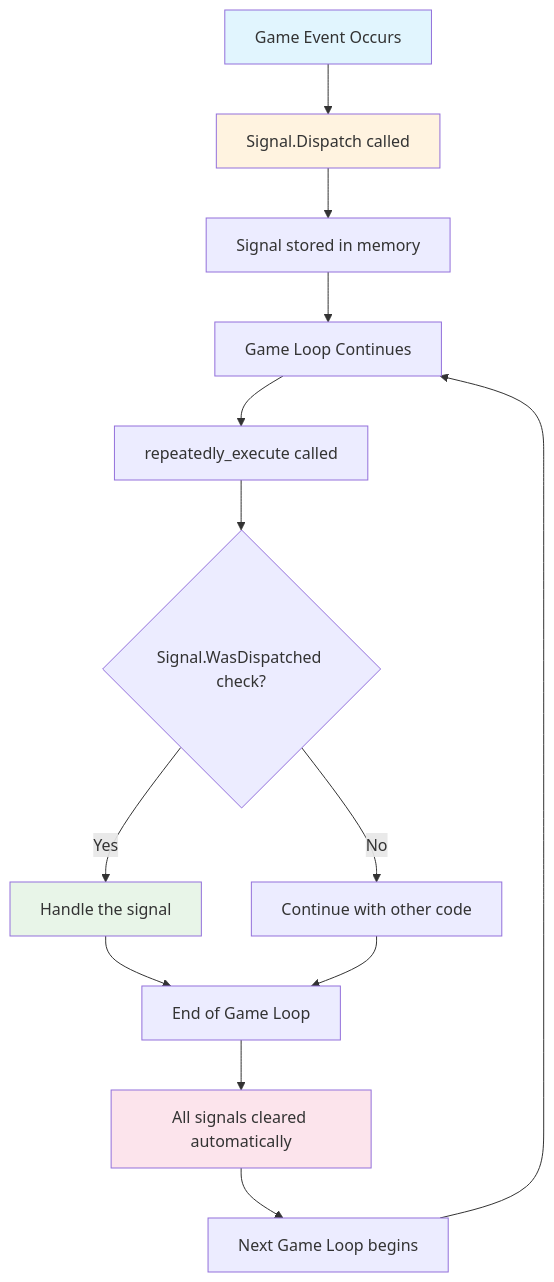
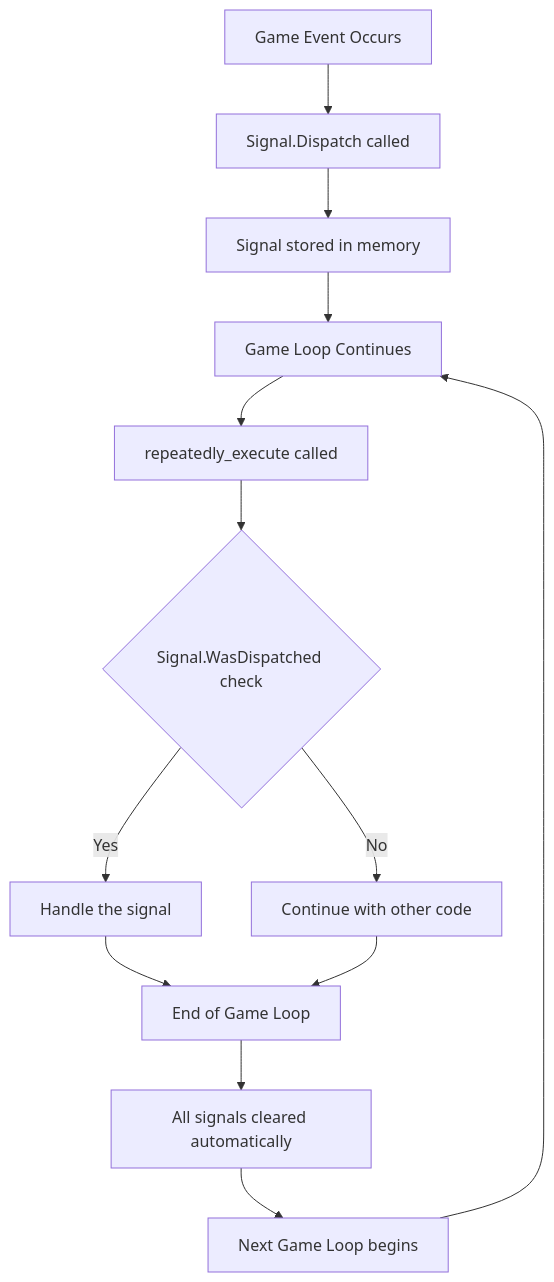
The diagram in docs/signal.md (clickpulp/ags-modules), drawn with Mermaid before and after one commit. The commit also changed other lines of this file, not shown here.

Commit message:
Fix mermaid diagram for github

````diff
--- a/docs/signal.md
+++ b/docs/signal.md
@@ -13,20 +13,15 @@
 ```mermaid
-flowchart TD
-    A["Game Event Occurs"] --> B["Signal.Dispatch called"]
-    B --> C["Signal stored in memory"]
-    C --> D["Game Loop Continues"]
-    D --> E["repeatedly_execute called"]
-    E --> F{"Signal.WasDispatched check?"}
-    F -->|Yes| G["Handle the signal"]
-    F -->|No| H["Continue with other code"]
-    G --> I["End of Game Loop"]
+graph TD
+    A[Game Event Occurs] --> B[Signal.Dispatch called]
+    B --> C[Signal stored in memory]
+    C --> D[Game Loop Continues]
+    D --> E[repeatedly_execute called]
+    E --> F{Signal.WasDispatched check}
+    F -->|Yes| G[Handle the signal]
+    F -->|No| H[Continue with other code]
+    G --> I[End of Game Loop]
     H --> I
-    I --> J["All signals cleared automatically"]
-    J --> K["Next Game Loop begins"]
+    I --> J[All signals cleared automatically]
+    J --> K[Next Game Loop begins]
     K --> D
-    
-    style A fill:#e1f5fe
-    style B fill:#fff3e0
-    style G fill:#e8f5e8
-    style J fill:#fce4ec
 ```
````
